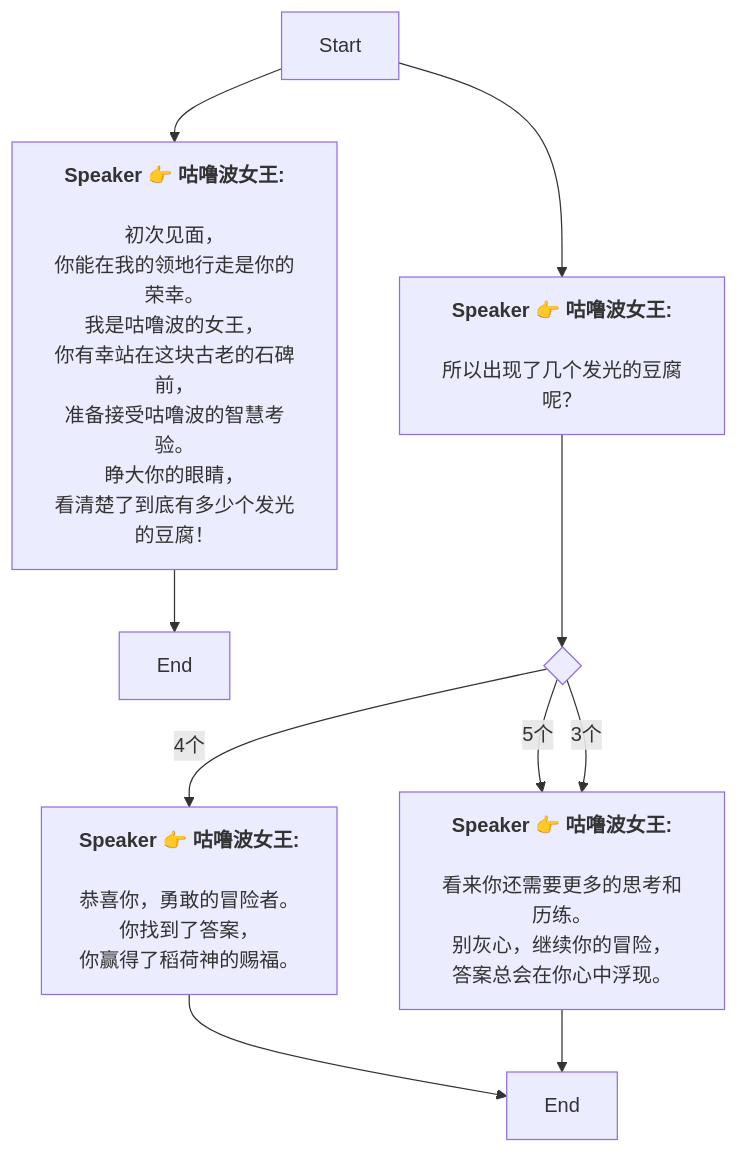
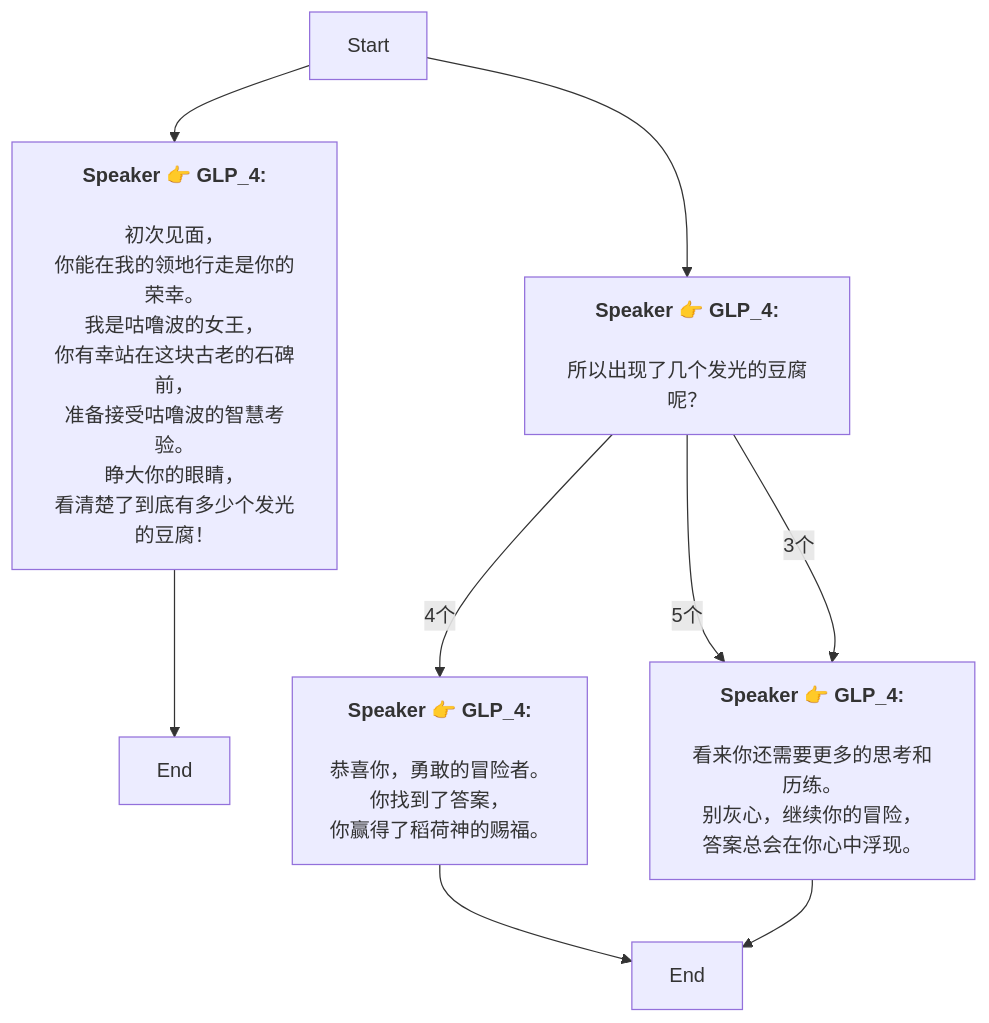
The diagram in Zh/4_4_4_gaming_01.md (SoftHu/tos_avg), drawn with Mermaid before and after one commit. The commit also changed 737 other files, not shown here.

````diff
--- a/Zh/4_4_4_gaming_01.md
+++ b/Zh/4_4_4_gaming_01.md
@@ -1,35 +1,27 @@
 ```mermaid
 graph
-Start -->1759497672156764[<b>Speaker 👉 咕噜波女王:</b>
-
-初次见面，
-你能在我的领地行走是你的荣幸。
-我是咕噜波的女王，
+Start -->1759497672156764[<b>Speaker 👉 GLP_4:</b>
+\n初次见面，
+你能在我的领地行走是你的荣幸。\n我是咕噜波的女王，
 你有幸站在这块古老的石碑前，
-准备接受咕噜波的智慧考验。
-睁大你的眼睛，
+准备接受咕噜波的智慧考验。\n睁大你的眼睛，
 看清楚了到底有多少个发光的豆腐！]
 1759497672156764 -->1759497676772957[End]
-Start -->1759500159654495[<b>Speaker 👉 咕噜波女王:</b>
-
-所以出现了几个发光的豆腐呢？]
-1759500159654495 -->1759500278314593{ }
-1759500278314593 -->|4个|1759500305779305[<b>Speaker 👉 咕噜波女王:</b>
-
-恭喜你，勇敢的冒险者。
+Start -->1759500159654495[<b>Speaker 👉 GLP_4:</b>
+\n所以出现了几个发光的豆腐呢？]
+1759500159654495 -->|4个|1759500305779305[<b>Speaker 👉 GLP_4:</b>
+\n恭喜你，勇敢的冒险者。
 你找到了答案，
 你赢得了稻荷神的赐福。]
-1759500278314593 -->|5个|1759500484353642[<b>Speaker 👉 咕噜波女王:</b>
-
-看来你还需要更多的思考和历练。
+1759500159654495 -->|5个|1759500484353642[<b>Speaker 👉 GLP_4:</b>
+\n看来你还需要更多的思考和历练。
 别灰心，继续你的冒险，
 答案总会在你心中浮现。]
-1759500278314593 -->|3个|1759500484353642[<b>Speaker 👉 咕噜波女王:</b>
-
-看来你还需要更多的思考和历练。
+1759500159654495 -->|3个|1759500484353642[<b>Speaker 👉 GLP_4:</b>
+\n看来你还需要更多的思考和历练。
 别灰心，继续你的冒险，
 答案总会在你心中浮现。]
 1759500305779305 -->1759500252468832[End]
 1759500484353642 -->1759500252468832[End]
 
- ```
+```
````
